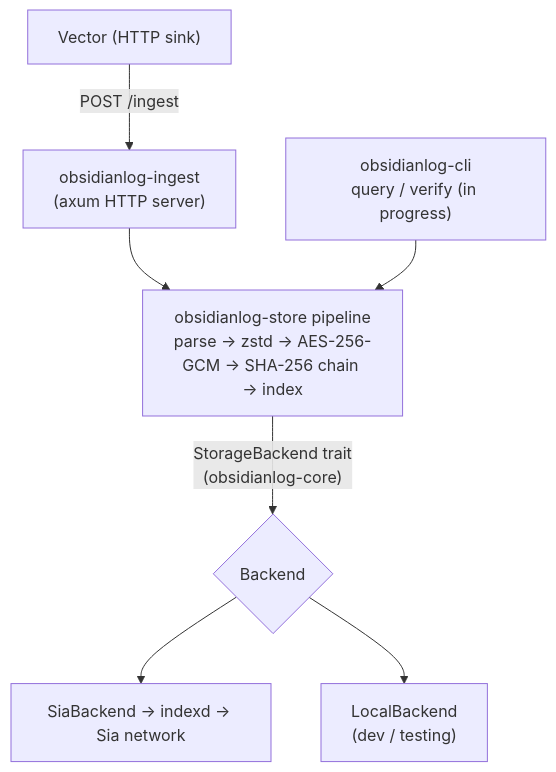
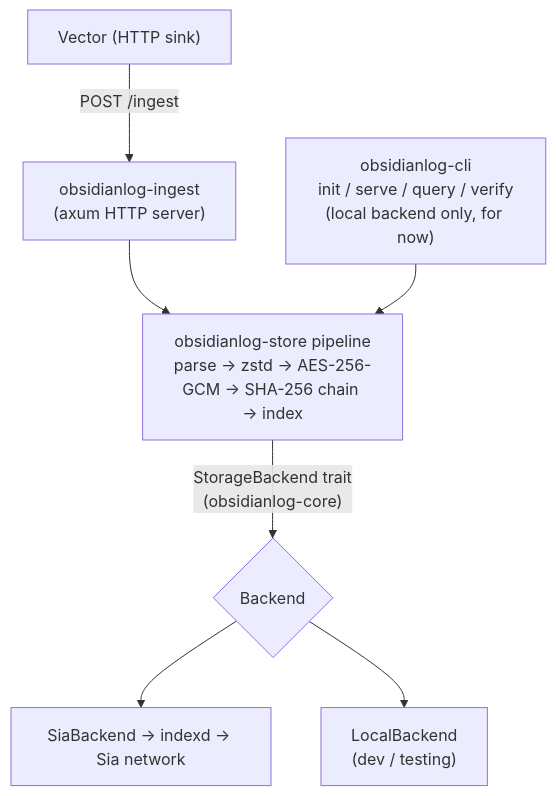
One commit to emmaglorypraise/ObsidianLog changed the diagram in README.md. Above: the diagram before and after it, drawn with Mermaid. The commit also changed other lines of this file, not shown here.

First line of the commit message:
docs: document the local CLI end-to-end testing walkthrough (#41)

````diff
--- a/README.md
+++ b/README.md
@@ -78,9 +134,9 @@
 ```mermaid
 flowchart TD
     V["Vector (HTTP sink)"] -->|"POST /ingest"| ING["obsidianlog-ingest<br/>(axum HTTP server)"]
     ING --> PIPE["obsidianlog-store pipeline<br/>parse → zstd → AES-256-GCM → SHA-256 chain → index"]
-    CLI["obsidianlog-cli<br/>query / verify (in progress)"] --> PIPE
+    CLI["obsidianlog-cli<br/>init / serve / query / verify<br/>(local backend only, for now)"] --> PIPE
     PIPE -->|"StorageBackend trait<br/>(obsidianlog-core)"| BK{"Backend"}
     BK --> SIA["SiaBackend → indexd → Sia network"]
     BK --> LOCAL["LocalBackend<br/>(dev / testing)"]
 ```
````
